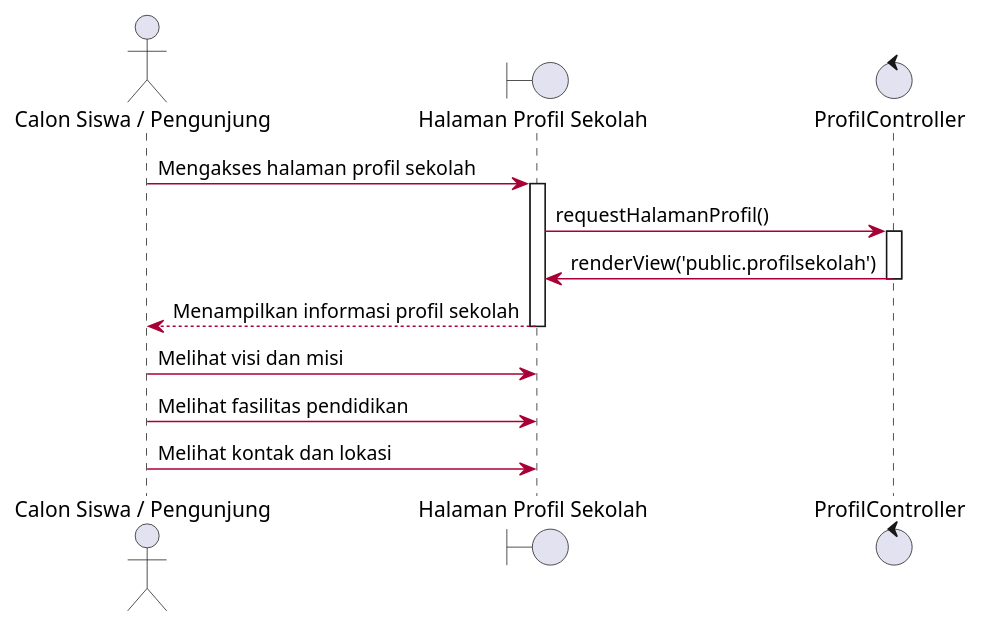
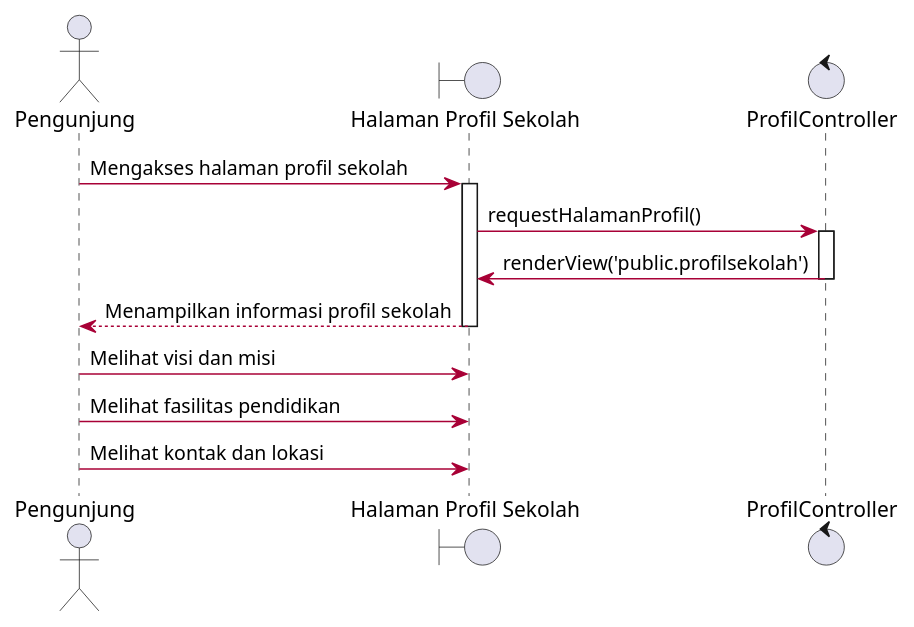
One commit to unfaejanXT/KP-SIPPDB-SMK changed the diagram in docs/sequence_diagram/revisi/melihat_informasi_sekolah.puml. Above: the diagram before and after it, drawn with PlantUML. The commit also changed 44 other files, not shown here.

```diff
--- a/docs/sequence_diagram/revisi/melihat_informasi_sekolah.puml
+++ b/docs/sequence_diagram/revisi/melihat_informasi_sekolah.puml
@@ -1,30 +1,30 @@
 @startuml
 skinparam SwimlaneTitleFontSize 14
 skinparam SwimlaneBorderThickness 1
 skinparam ActivityBackgroundColor #FEFECE
 skinparam ActivityBorderColor #A80036
 skinparam ActivityFontSize 12
 skinparam ArrowColor #A80036
 skinparam Shadowing false
 
-actor "Calon Siswa / Pengunjung" as User
+actor "Pengunjung" as User
 boundary "Halaman Profil Sekolah" as View
 control "ProfilController" as Ctrl
 
 User -> View : Mengakses halaman profil sekolah
 activate View
 
 View -> Ctrl : requestHalamanProfil()
 activate Ctrl
 
 Ctrl -> View : renderView('public.profilsekolah')
 deactivate Ctrl
 
 View --> User : Menampilkan informasi profil sekolah
 deactivate View
 
 User -> View : Melihat visi dan misi
 User -> View : Melihat fasilitas pendidikan
 User -> View : Melihat kontak dan lokasi
 
 @enduml
```
